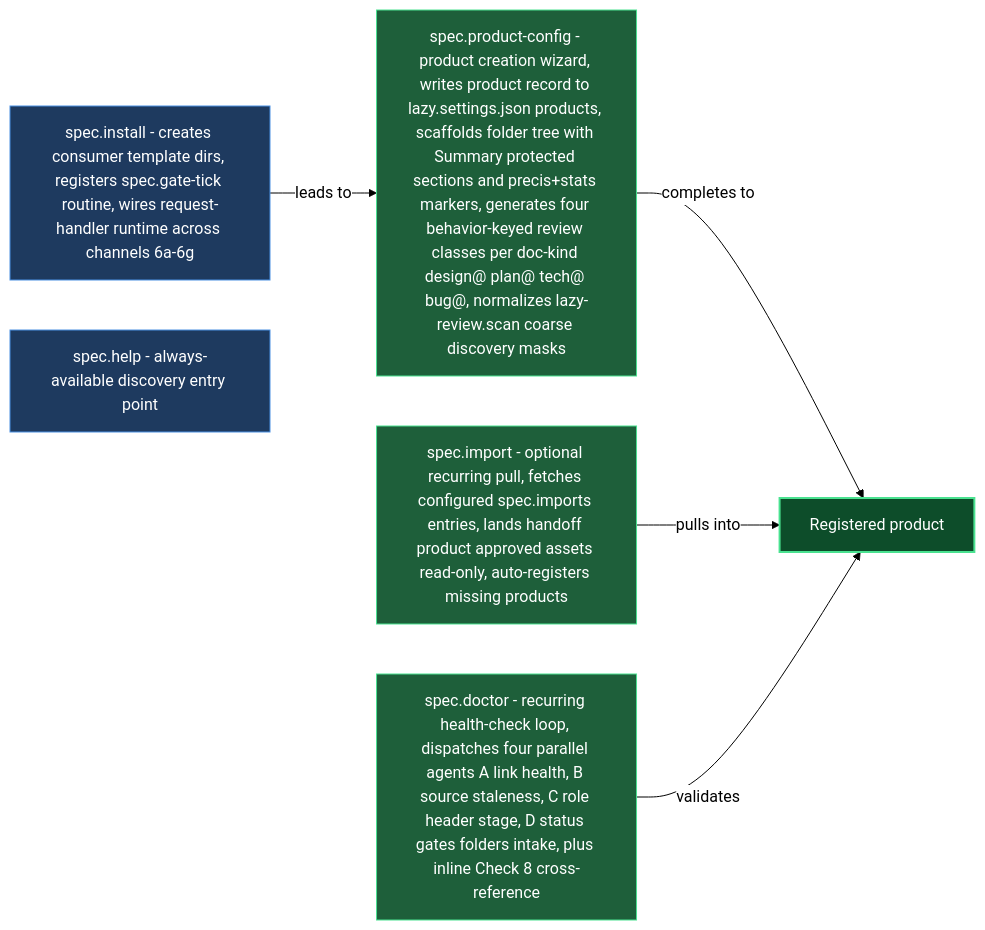
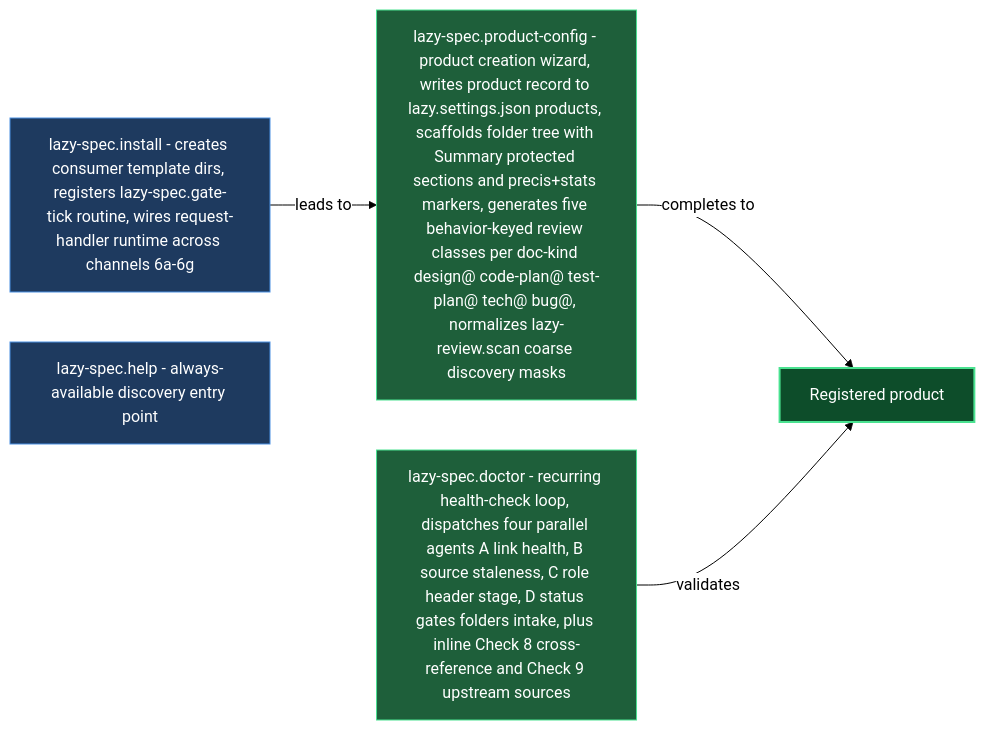
Before and after one commit to mebius-san/lazy-cortex: the diagram in claude/lazycortex-specs/help/install-and-audit.md, drawn with Mermaid. The commit also changed other lines of this file and 511 other files, not shown here.

First line of the commit message:
release: core 7.0.0, specs 6.0.0, review 6.1.0, obsidian 3.0.0, wiki 2.0.0, python 4.0.0, experts 1.0.0, diagram 1.1.7, observe 0.8.3

````diff
--- a/claude/lazycortex-specs/help/install-and-audit.md
+++ b/claude/lazycortex-specs/help/install-and-audit.md
@@ -75,26 +75,23 @@
 ```mermaid
 %%{init: {'themeVariables':{'background':'transparent','lineColor':'#000','textColor':'#000','edgeLabelBackground':'#fff'},'themeCSS':'.edgeLabel{background-color:transparent!important}.edgeLabel p{background-color:transparent!important}','flowchart':{'diagramPadding':5,'useMaxWidth':true}}}%%
 flowchart LR
-  specInstall[spec.install - creates consumer template dirs, registers spec.gate-tick routine, wires request-handler runtime across channels 6a-6g]
-  specProductConfig[spec.product-config - product creation wizard, writes product record to lazy.settings.json products, scaffolds folder tree with Summary protected sections and precis+stats markers, generates four behavior-keyed review classes per doc-kind design@ plan@ tech@ bug@, normalizes lazy-review.scan coarse discovery masks]
+  specInstall[lazy-spec.install - creates consumer template dirs, registers lazy-spec.gate-tick routine, wires request-handler runtime across channels 6a-6g]
+  specProductConfig[lazy-spec.product-config - product creation wizard, writes product record to lazy.settings.json products, scaffolds folder tree with Summary protected sections and precis+stats markers, generates five behavior-keyed review classes per doc-kind design@ code-plan@ test-plan@ tech@ bug@, normalizes lazy-review.scan coarse discovery masks]
   registeredProduct[Registered product]
-  specImport[spec.import - optional recurring pull, fetches configured spec.imports entries, lands handoff product approved assets read-only, auto-registers missing products]
-  specDoctor[spec.doctor - recurring health-check loop, dispatches four parallel agents A link health, B source staleness, C role header stage, D status gates folders intake, plus inline Check 8 cross-reference]
-  specHelp[spec.help - always-available discovery entry point]
+  specDoctor[lazy-spec.doctor - recurring health-check loop, dispatches four parallel agents A link health, B source staleness, C role header stage, D status gates folders intake, plus inline Check 8 cross-reference and Check 9 upstream sources]
+  specHelp[lazy-spec.help - always-available discovery entry point]
 
   specInstall -->|leads to| specProductConfig
   specProductConfig -->|completes to| registeredProduct
-  specImport -->|pulls into| registeredProduct
   specDoctor -->|validates| registeredProduct
 
   classDef entry fill:#1e3a5f,stroke:#4a90e2,color:#fff
   classDef action fill:#1e5f3a,stroke:#4ae290,color:#fff
   classDef success fill:#0d4d2a,stroke:#4ae290,color:#fff,stroke-width:2px
 
   class specInstall entry
   class specHelp entry
   class specProductConfig action
-  class specImport action
   class specDoctor action
   class registeredProduct success
 ```
````
